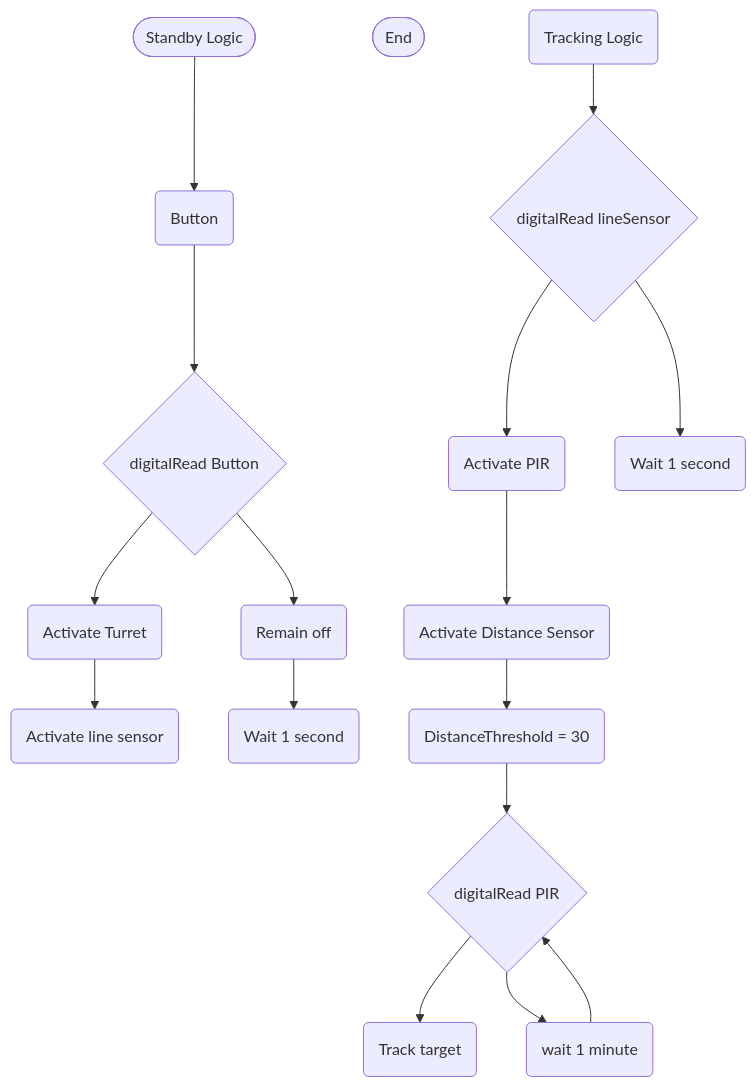
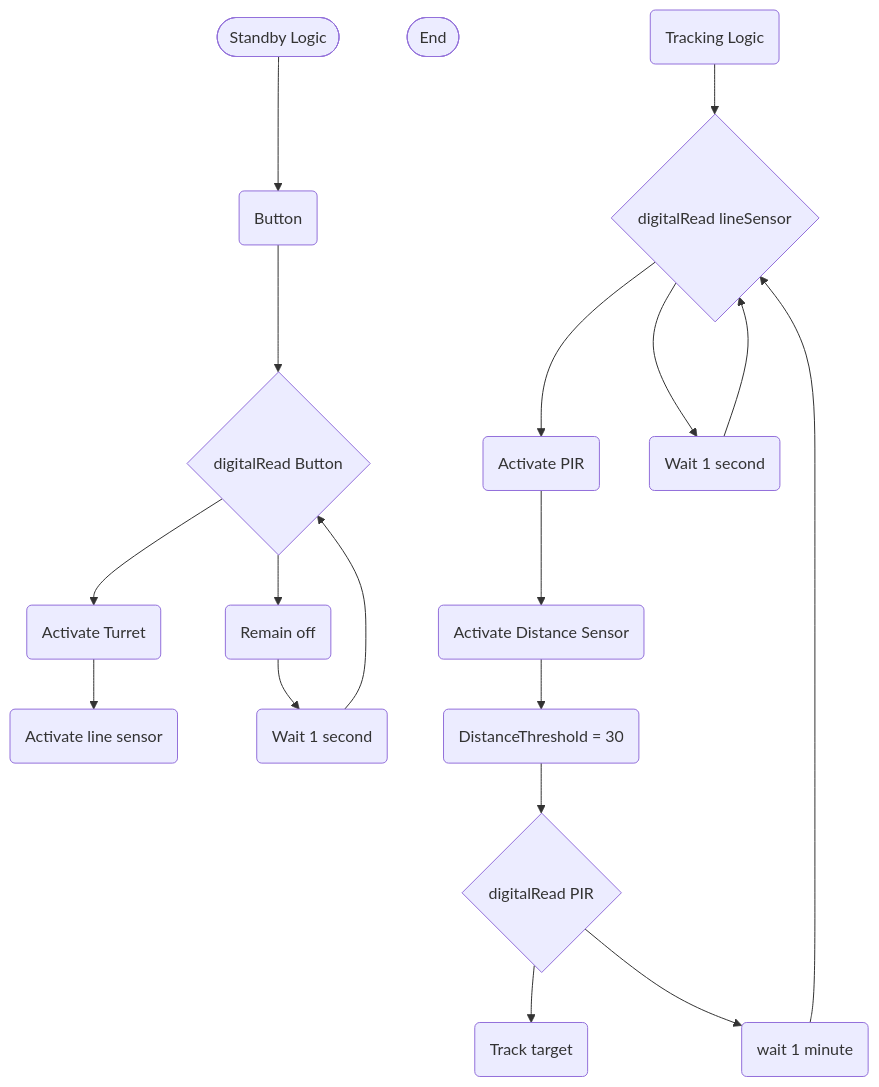
Before and after one commit to Zac2259/Smart-Turret: the diagram in logic.md, drawn with Mermaid.

````diff
--- a/logic.md
+++ b/logic.md
@@ -1,38 +1,40 @@
  ```mermaid
  flowchart TD
  %%standby logic
 terminalStart([Standby Logic])
  terminalEnd([End])
  Button(Button)
 Buttontrigger{digitalRead Button}
 activateturret(Activate Turret)
 activatesensor(Activate line sensor)
 remainoff(Remain off)
 loop(Wait 1 second)
 %%Tracking logic
 Tracking(Tracking Logic)
 Readline{digitalRead lineSensor}
 activatepir(Activate PIR)
 activatedistance(Activate Distance Sensor)
 loop2(Wait 1 second)
 distance(DistanceThreshold = 30)
 ReadPIR{digitalRead PIR}
 track(Track target)
 loop3(wait 1 minute)
 %%Firing
 terminalStart --> Button
 Button --> Buttontrigger
 Buttontrigger --> activateturret
 activateturret --> activatesensor
 Buttontrigger --> remainoff
 remainoff --> loop
+loop -->Buttontrigger
 Tracking --> Readline
 Readline --> activatepir
 Readline --> loop2
+loop2 --> Readline
 activatepir --> activatedistance
 activatedistance --> distance
 distance --> ReadPIR
 ReadPIR --> track
 ReadPIR --> loop3
-loop3 --> ReadPIR
+loop3 --> Readline
  ```
````
